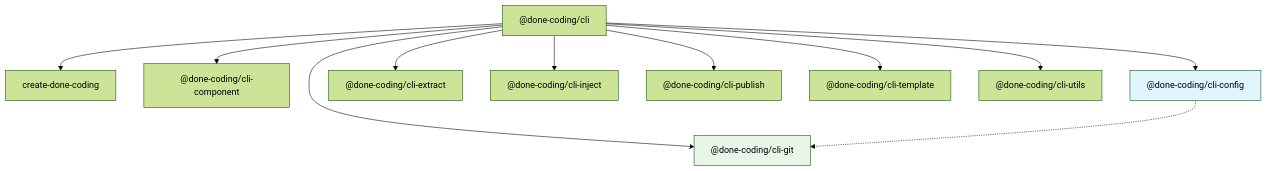
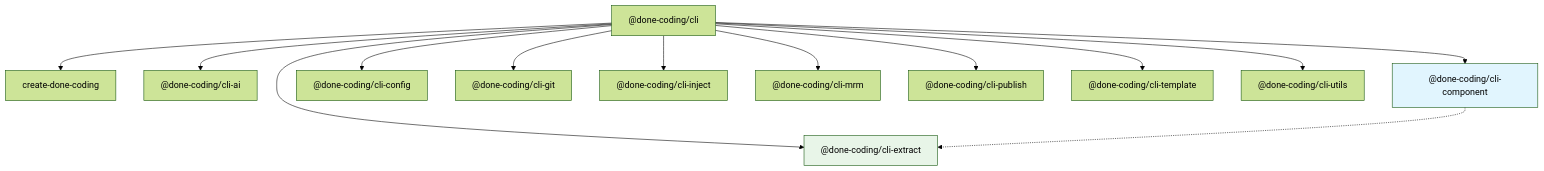
The diagram in README.md (done-coding/done-coding-cli), drawn with Mermaid (forest theme) before and after one commit. The commit also changed other lines of this file and 38 other files, not shown here.

````diff
--- a/README.md
+++ b/README.md
@@ -125,17 +129,19 @@
 ```mermaid
 graph TD
     A["@done-coding/cli"] --> B["create-done-coding"]
-    A --> C["@done-coding/cli-component"]
-    A --> D["@done-coding/cli-config"]
-    A --> E["@done-coding/cli-extract"]
-    A --> F["@done-coding/cli-git"]
-    A --> G["@done-coding/cli-inject"]
-    A --> H["@done-coding/cli-publish"]
-    A --> I["@done-coding/cli-template"]
-    A --> J["@done-coding/cli-utils"]
+    A --> C["@done-coding/cli-ai"]
+    A --> D["@done-coding/cli-component"]
+    A --> E["@done-coding/cli-config"]
+    A --> F["@done-coding/cli-extract"]
+    A --> G["@done-coding/cli-git"]
+    A --> H["@done-coding/cli-inject"]
+    A --> I["@done-coding/cli-mrm"]
+    A --> J["@done-coding/cli-publish"]
+    A --> K["@done-coding/cli-template"]
+    A --> L["@done-coding/cli-utils"]
 
     D -.-> F
 
     style D fill:#e1f5fe
     style F fill:#e8f5e8
 ```
````
